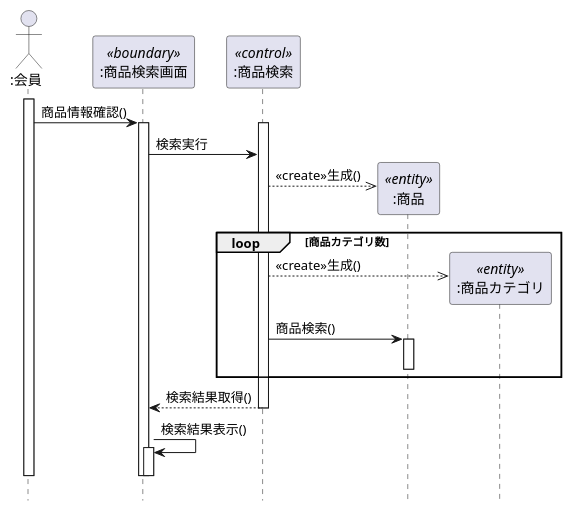
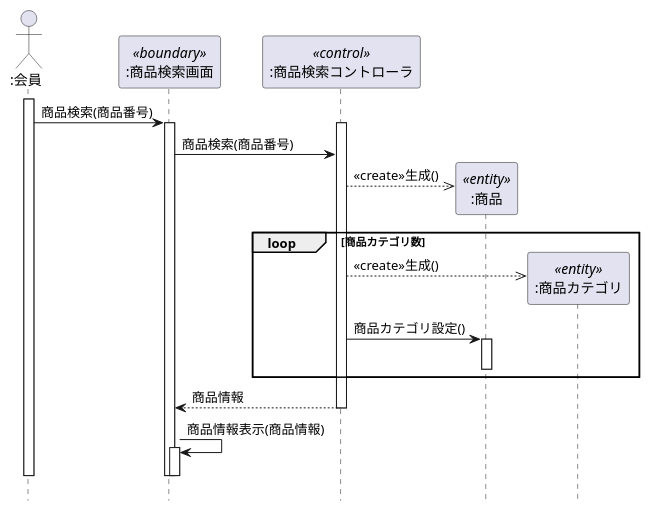
The diagram in 演習4-5_SD_商品情報検索.pu (omorirenka/uml-introduction), drawn with PlantUML before and after one commit.

Commit message:
演習4-5修正

```diff
--- a/演習4-5_SD_商品情報検索.pu
+++ b/演習4-5_SD_商品情報検索.pu
@@ -1,32 +1,32 @@
 @startuml
 hide footbox
 Actor ":会員" as k
 participant ":商品検索画面" as screen <<boundary>>
-participant ":商品検索" as search <<control>>
+participant ":商品検索コントローラ" as search <<control>>
 participant ":商品" as product <<entity>>
 participant ":商品カテゴリ" as category <<entity>>
 
 activate k
-    k -> screen:商品情報確認()
+    k -> screen:商品検索(商品番号)
     activate screen
         activate search
-            screen -> search:検索実行
+            screen -> search:商品検索(商品番号)
             create product
             search -->> product : <<create>>生成()
 
             loop 商品カテゴリ数
                 create category
                 search -->> category : <<create>>生成()
-                search -> product:商品検索()
+                search -> product:商品カテゴリ設定()
                 activate product
                 deactivate product
             end loop
 
-            screen <-- search:検索結果取得()
+            screen <-- search:商品情報
             deactivate search
-            screen -> screen:検索結果表示()
+            screen -> screen:商品情報表示(商品情報)
             activate screen
             deactivate screen
     deactivate screen
 deactivate k
 @enduml
```
